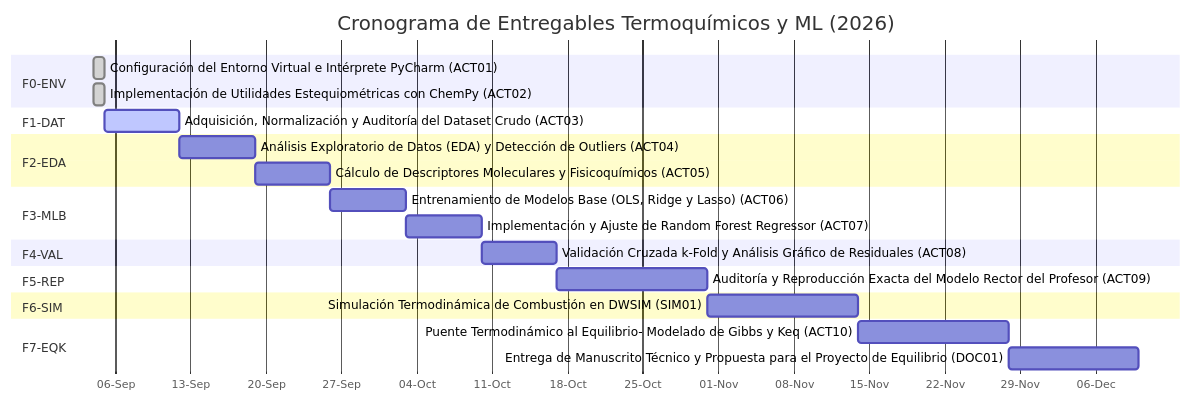
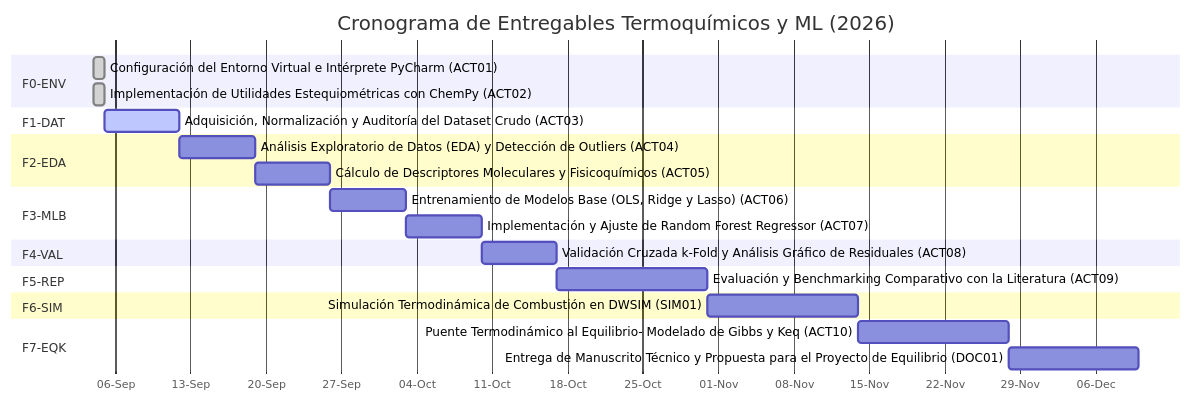
The diagram in ROADMAP.md (karolcamachol29-sudo/modelo-entalpias-combustion), drawn with Mermaid before and after one commit. The commit also changed other lines of this file and 7 other files, not shown here.

````diff
--- a/ROADMAP.md
+++ b/ROADMAP.md
@@ -10,34 +10,34 @@
 ```mermaid
 gantt
     title Cronograma de Entregables Termoquímicos y ML (2026)
     dateFormat  YYYY-MM-DD
     axisFormat  %d-%b
 
     section F0-ENV
     Configuración del Entorno Virtual e Intérprete PyCharm (ACT01) :done, ACT01, 2026-09-04, 2026-09-05
     Implementación de Utilidades Estequiométricas con ChemPy (ACT02) :done, ACT02, 2026-09-04, 2026-09-05
 
     section F1-DAT
     Adquisición, Normalización y Auditoría del Dataset Crudo (ACT03) :active, ACT03, 2026-09-05, 2026-09-12
 
     section F2-EDA
     Análisis Exploratorio de Datos (EDA) y Detección de Outliers (ACT04) :ACT04, 2026-09-12, 2026-09-19
     Cálculo de Descriptores Moleculares y Fisicoquímicos (ACT05) :ACT05, 2026-09-19, 2026-09-26
 
     section F3-MLB
     Entrenamiento de Modelos Base (OLS, Ridge y Lasso) (ACT06) :ACT06, 2026-09-26, 2026-10-03
     Implementación y Ajuste de Random Forest Regressor (ACT07) :ACT07, 2026-10-03, 2026-10-10
 
     section F4-VAL
     Validación Cruzada k-Fold y Análisis Gráfico de Residuales (ACT08) :ACT08, 2026-10-10, 2026-10-17
 
     section F5-REP
-    Auditoría y Reproducción Exacta del Modelo Rector del Profesor (ACT09) :ACT09, 2026-10-17, 2026-10-31
+    Evaluación y Benchmarking Comparativo con la Literatura (ACT09) :ACT09, 2026-10-17, 2026-10-31
 
     section F6-SIM
     Simulación Termodinámica de Combustión en DWSIM (SIM01) :SIM01, 2026-10-31, 2026-11-14
 
     section F7-EQK
     Puente Termodinámico al Equilibrio- Modelado de Gibbs y Keq (ACT10) :ACT10, 2026-11-14, 2026-11-28
     Entrega de Manuscrito Técnico y Propuesta para el Proyecto de Equilibrio (DOC01) :DOC01, 2026-11-28, 2026-12-10
 ```
````
